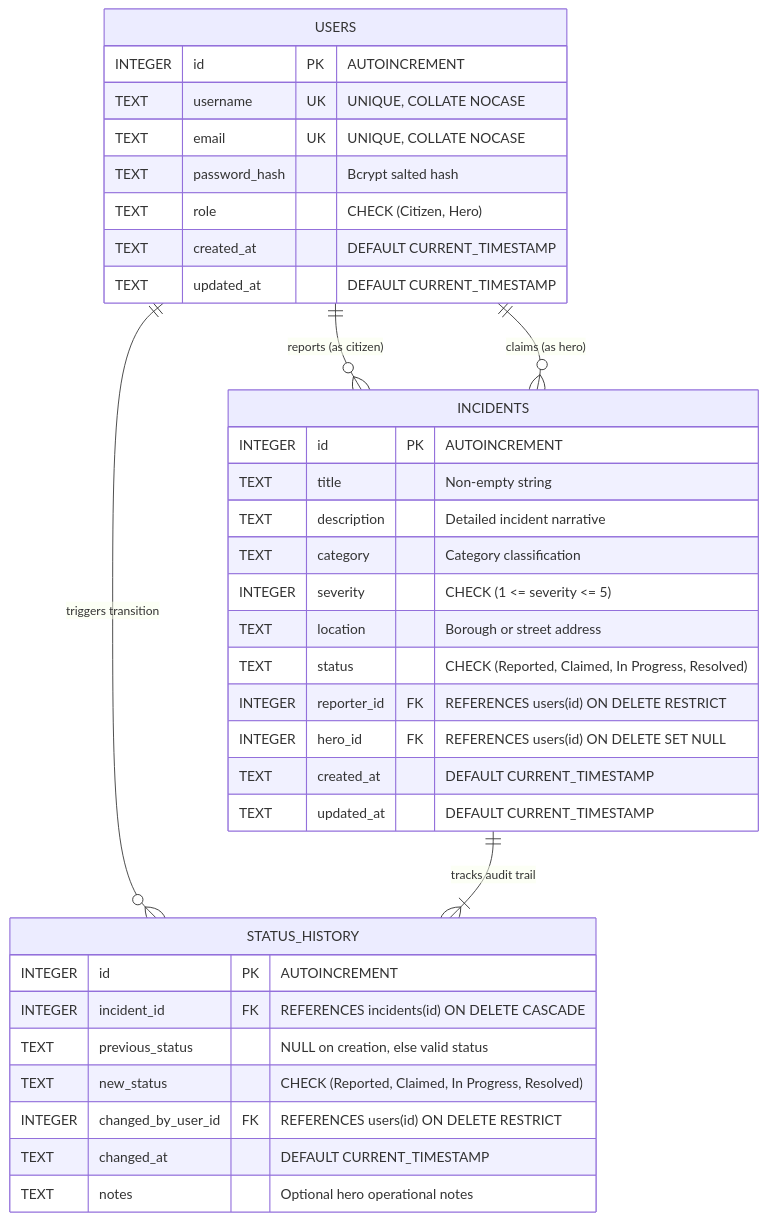
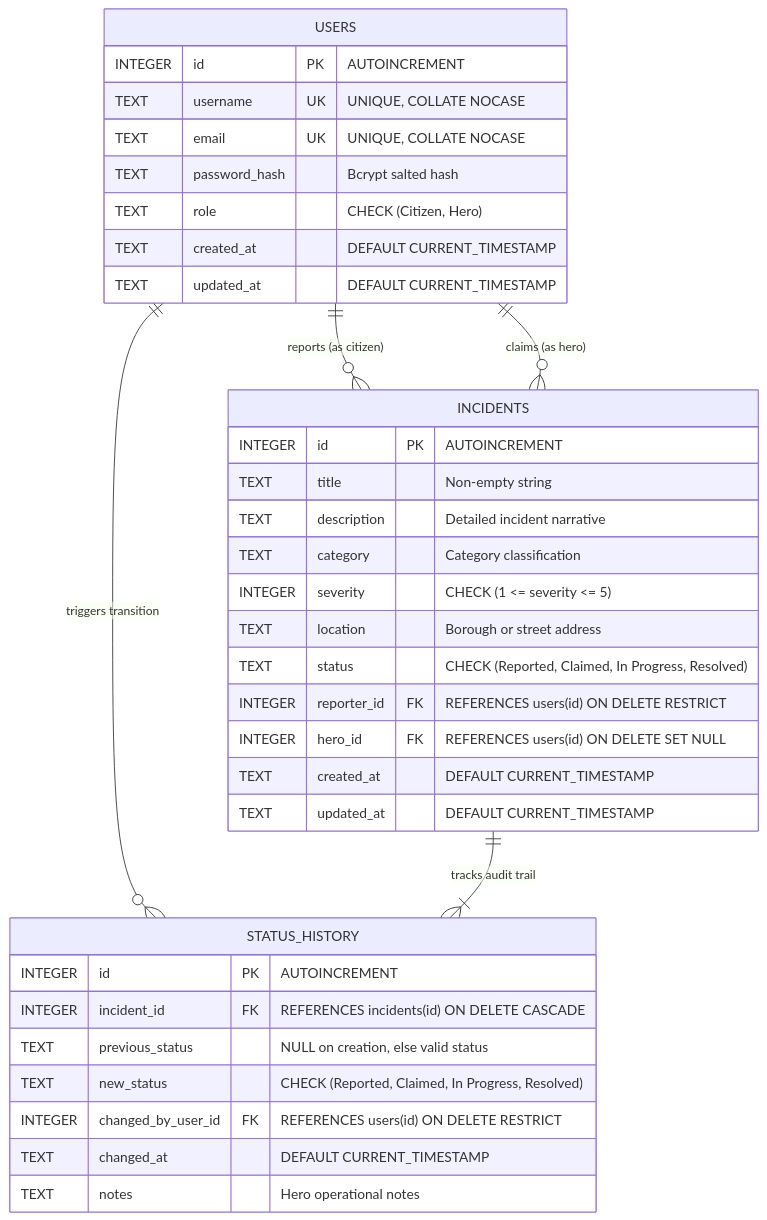
One commit to selotechaitanya-svg/tcb_back changed the first of 2 diagrams in README.md. Above: the diagram before and after it, drawn with Mermaid. The commit also changed other lines of this file and 2 other files, not shown here.

Commit message:
docs: enrich README with architecture, ER diagrams, portals, and API specs

````diff
--- a/README.md
+++ b/README.md
@@ -21,41 +50,41 @@
 ```mermaid
 erDiagram
     USERS ||--o{ INCIDENTS : "reports (as citizen)"
     USERS ||--o{ INCIDENTS : "claims (as hero)"
     USERS ||--o{ STATUS_HISTORY : "triggers transition"
     INCIDENTS ||--|{ STATUS_HISTORY : "tracks audit trail"
 
     USERS {
         INTEGER id PK "AUTOINCREMENT"
         TEXT username UK "UNIQUE, COLLATE NOCASE"
         TEXT email UK "UNIQUE, COLLATE NOCASE"
         TEXT password_hash "Bcrypt salted hash"
         TEXT role "CHECK (Citizen, Hero)"
         TEXT created_at "DEFAULT CURRENT_TIMESTAMP"
         TEXT updated_at "DEFAULT CURRENT_TIMESTAMP"
     }
 
     INCIDENTS {
         INTEGER id PK "AUTOINCREMENT"
         TEXT title "Non-empty string"
         TEXT description "Detailed incident narrative"
         TEXT category "Category classification"
         INTEGER severity "CHECK (1 <= severity <= 5)"
         TEXT location "Borough or street address"
         TEXT status "CHECK (Reported, Claimed, In Progress, Resolved)"
         INTEGER reporter_id FK "REFERENCES users(id) ON DELETE RESTRICT"
         INTEGER hero_id FK "REFERENCES users(id) ON DELETE SET NULL"
         TEXT created_at "DEFAULT CURRENT_TIMESTAMP"
         TEXT updated_at "DEFAULT CURRENT_TIMESTAMP"
     }
 
     STATUS_HISTORY {
         INTEGER id PK "AUTOINCREMENT"
         INTEGER incident_id FK "REFERENCES incidents(id) ON DELETE CASCADE"
         TEXT previous_status "NULL on creation, else valid status"
         TEXT new_status "CHECK (Reported, Claimed, In Progress, Resolved)"
         INTEGER changed_by_user_id FK "REFERENCES users(id) ON DELETE RESTRICT"
         TEXT changed_at "DEFAULT CURRENT_TIMESTAMP"
-        TEXT notes "Optional hero operational notes"
+        TEXT notes "Hero operational notes"
     }
 ```
````
